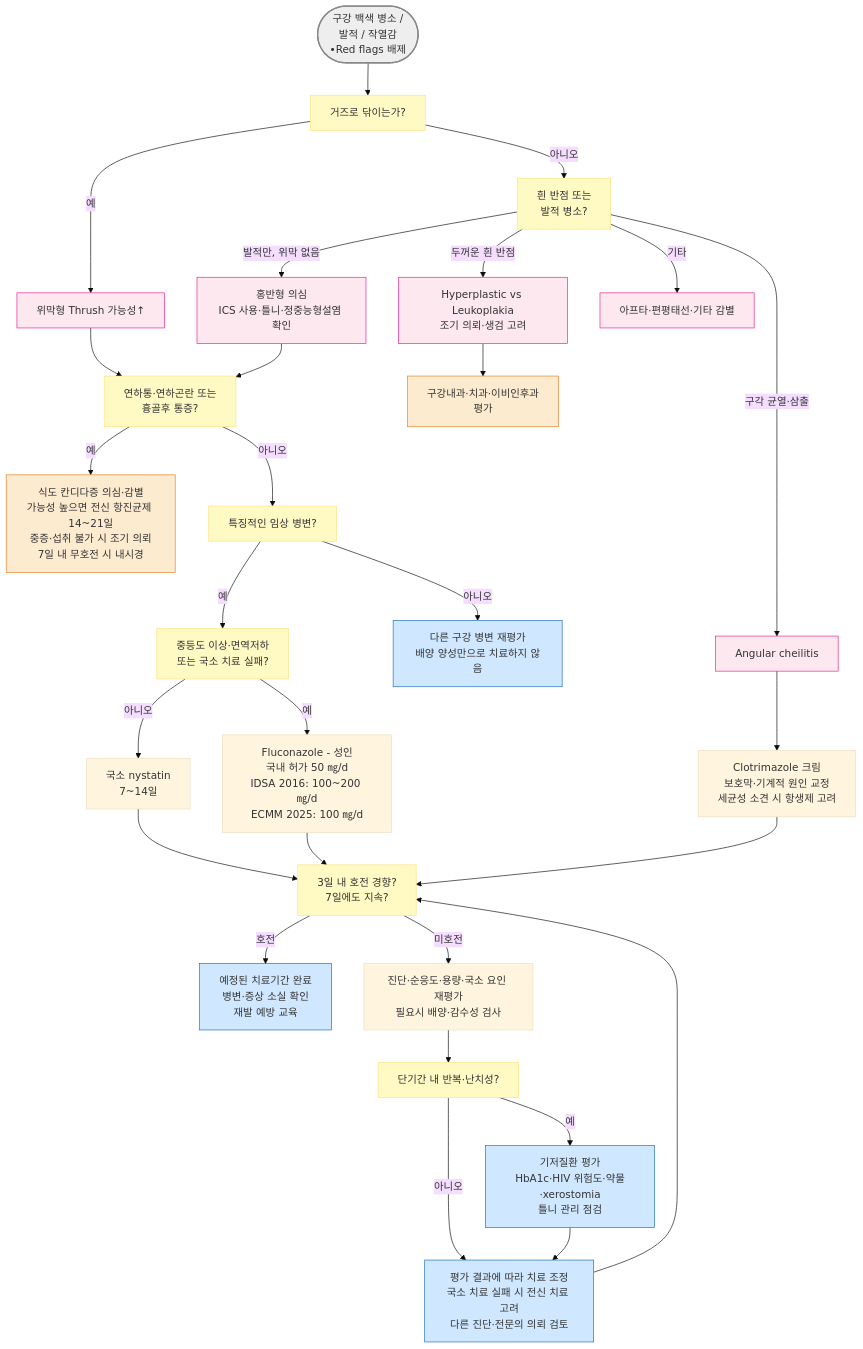
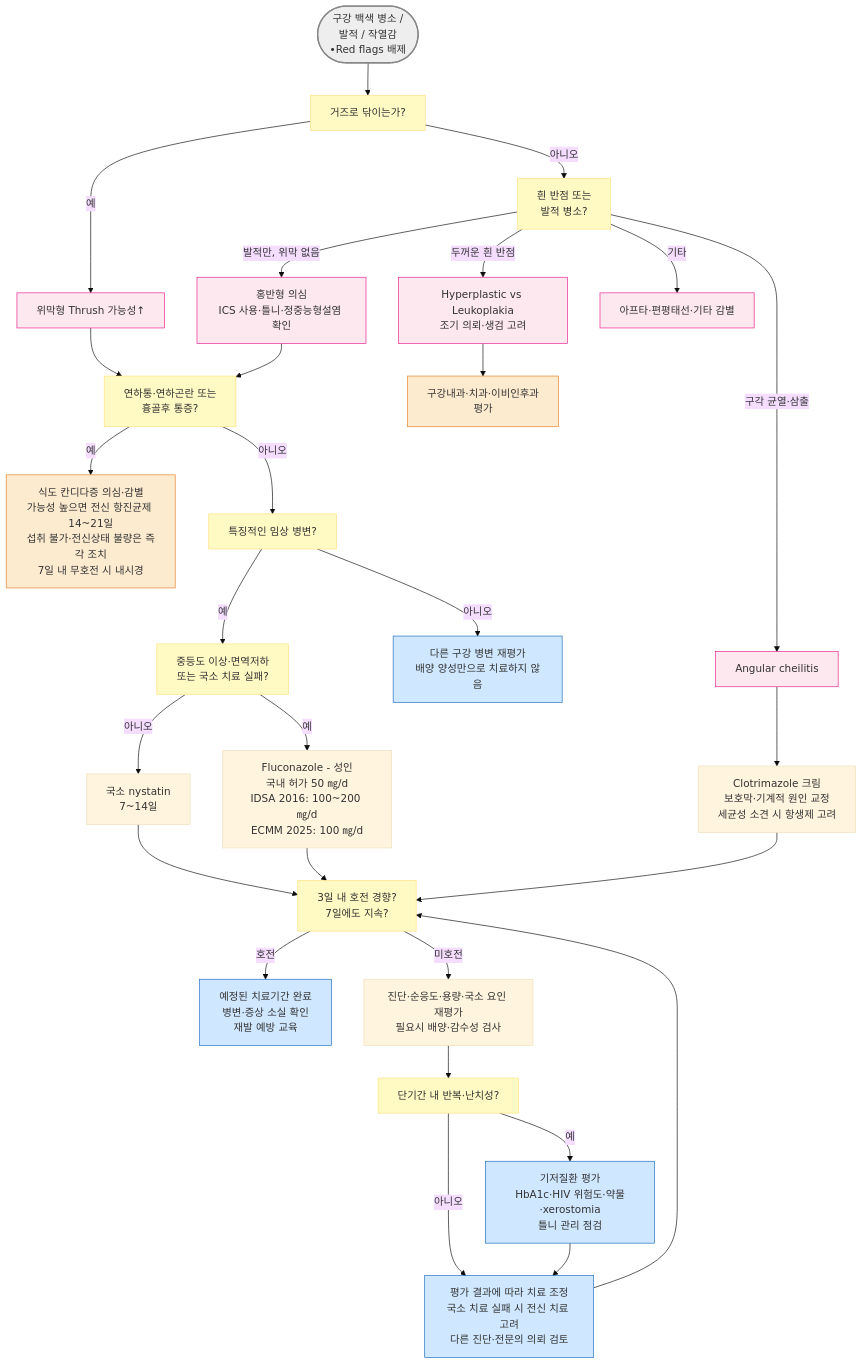
The diagram in 222_/055_-oral-candidiasis.md (familyoh77/familyoh77), drawn with Mermaid (base theme) before and after one commit. The commit also changed other lines of this file and 1 other file, not shown here.

````diff
--- a/222_/055_-oral-candidiasis.md
+++ b/222_/055_-oral-candidiasis.md
@@ -105,40 +105,40 @@
 ```mermaid
 flowchart TD
     A(["구강 백색 병소 / <br/>발적 / 작열감<br/>•Red flags 배제"]) --> B["거즈로 닦이는가?"]
     B -- 예 --> C["위막형 Thrush 가능성↑"]
     B -- 아니오 --> D["흰 반점 또는<br/>발적 병소?"]
     D -- 두꺼운 흰 반점 --> E["Hyperplastic vs Leukoplakia<br/>조기 의뢰·생검 고려"]
     D -- 발적만, 위막 없음 --> H["홍반형 의심<br/>ICS 사용·틀니·정중능형설염 확인"]
     D -- 구각 균열·삼출 --> G["Angular cheilitis"]
     D -- 기타 --> Z["아프타·편평태선·기타 감별"]
     C --> I["연하통·연하곤란 또는<br/>흉골후 통증?"]
     H --> I
-    I -- 예 --> J["식도 칸디다증 의심·감별<br/>가능성 높으면 전신 항진균제 14~21일<br/>중증·섭취 불가 시 조기 의뢰<br/>7일 내 무호전 시 내시경"]
+    I -- 예 --> J["식도 칸디다증 의심·감별<br/>가능성 높으면 전신 항진균제 14~21일<br/>섭취 불가·전신상태 불량은 즉각 조치<br/>7일 내 무호전 시 내시경"]
     I -- 아니오 --> K["특징적인 임상 병변?"]
     K -- 아니오 --> N["다른 구강 병변 재평가<br/>배양 양성만으로 치료하지 않음"]
     K -- 예 --> O["중등도 이상·면역저하<br/>또는 국소 치료 실패?"]
     O -- 아니오 --> P["국소 nystatin<br/>7~14일"]
     O -- 예 --> Q["Fluconazole - 성인<br/>국내 허가 50 ㎎/d<br/>IDSA 2016: 100~200 ㎎/d<br/>ECMM 2025: 100 ㎎/d"]
     P --> R["3일 내 호전 경향?<br/>7일에도 지속?"]
     Q --> R
     R -- 호전 --> S["예정된 치료기간 완료<br/>병변·증상 소실 확인<br/>재발 예방 교육"]
     R -- 미호전 --> T["진단·순응도·용량·국소 요인 재평가<br/>필요시 배양·감수성 검사"]
     T --> U["단기간 내 반복·난치성?"]
     U -- 예 --> V["기저질환 평가<br/>HbA1c·HIV 위험도·약물·xerostomia<br/>틀니 관리 점검"]
     U -- 아니오 --> Y["평가 결과에 따라 치료 조정<br/>국소 치료 실패 시 전신 치료 고려<br/>다른 진단·전문의 의뢰 검토"]
     V --> Y
     Y --> R
     G --> W["Clotrimazole 크림<br/>보호막·기계적 원인 교정<br/>세균성 소견 시 항생제 고려"]
     W --> R
     E --> X["구강내과·치과·이비인후과<br/>평가"]
 
 style A fill:#eeeeee,stroke:#888888,stroke-width:2px
 classDef orange fill:#fdebd0,stroke:#e67e22
 class J,X orange
 classDef yellow fill:#fff9c4,stroke:#ffe082
 class B,D,I,K,O,R,U yellow
 classDef blue fill:#d0e8ff,stroke:#1a6abf
 class N,S,V,Y blue
 classDef pink fill:#fde8f0,stroke:#e91e8c
 class G,H,Z,C,E pink
 ```
````
